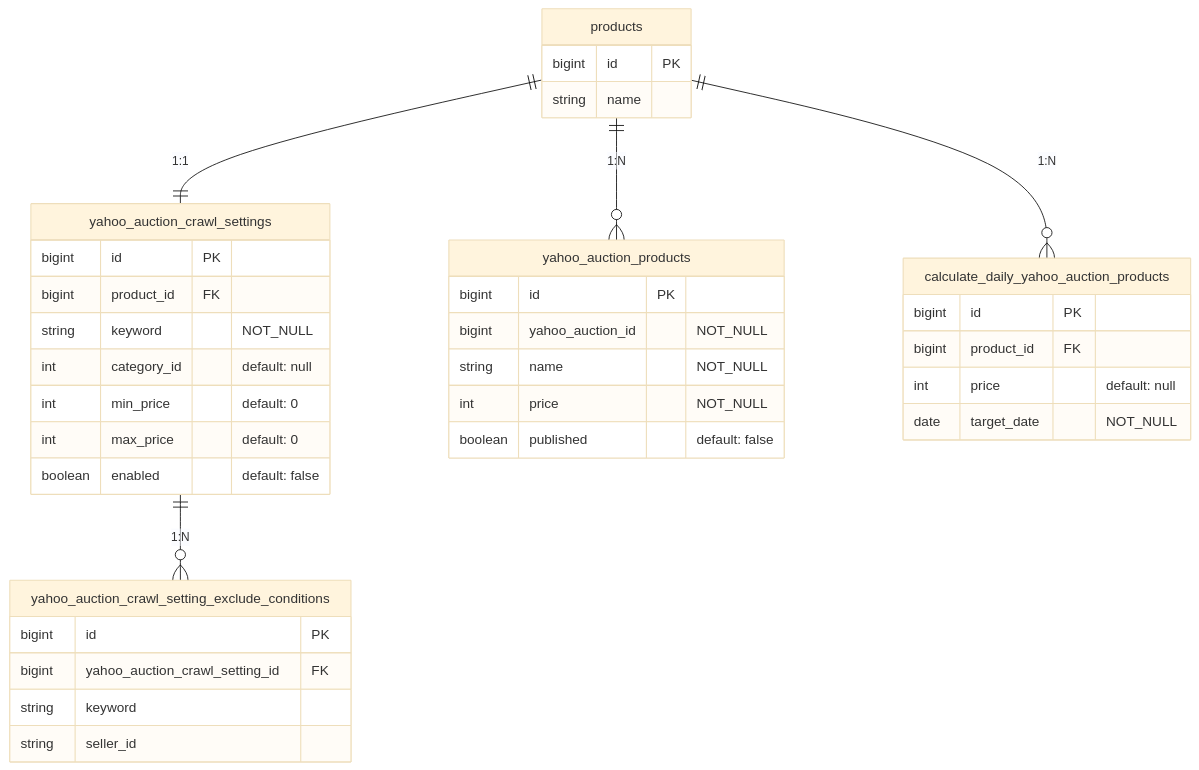
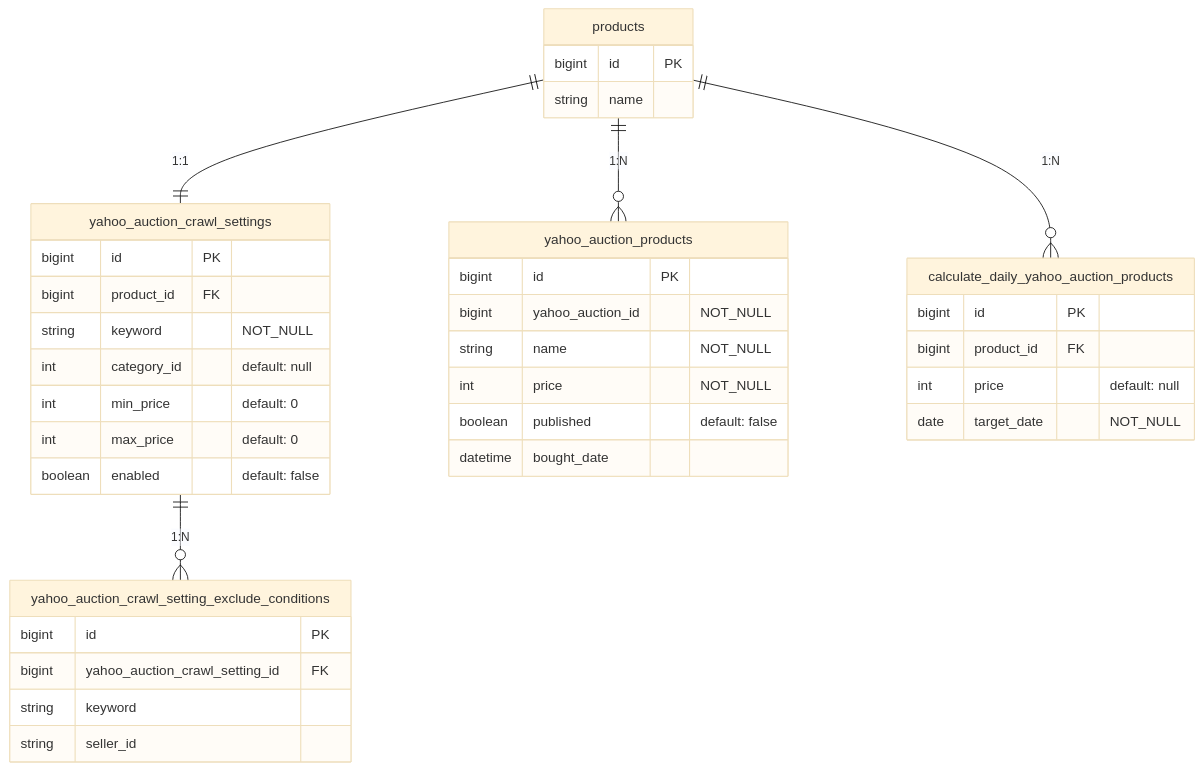
Before and after one commit to kuroweb/price-monitoring: the second of 3 diagrams in README.md, drawn with Mermaid (base theme).

````diff
--- a/README.md
+++ b/README.md
@@ -74,40 +74,41 @@
 ```mermaid
 erDiagram
   products {
     bigint id PK
     string name
   }
   yahoo_auction_crawl_settings {
     bigint id PK
     bigint product_id FK
     string keyword "NOT_NULL"
     int category_id "default: null"
     int min_price "default: 0"
     int max_price "default: 0"
     boolean enabled "default: false"
   }
   yahoo_auction_crawl_setting_exclude_conditions {
     bigint id PK
     bigint yahoo_auction_crawl_setting_id FK
     string keyword
     string seller_id
   }
   yahoo_auction_products {
     bigint id PK
     bigint yahoo_auction_id "NOT_NULL"
     string name "NOT_NULL"
     int price "NOT_NULL"
     boolean published "default: false"
+    datetime bought_date
   }
   calculate_daily_yahoo_auction_products {
     bigint id PK
     bigint product_id FK
     int price "default: null"
     date target_date "NOT_NULL"
   }
 
   products ||--|| yahoo_auction_crawl_settings : "1:1"
   yahoo_auction_crawl_settings ||--o{ yahoo_auction_crawl_setting_exclude_conditions : "1:N"
   products ||--o{ yahoo_auction_products : "1:N"
   products ||--o{ calculate_daily_yahoo_auction_products : "1:N"
 ```
````
